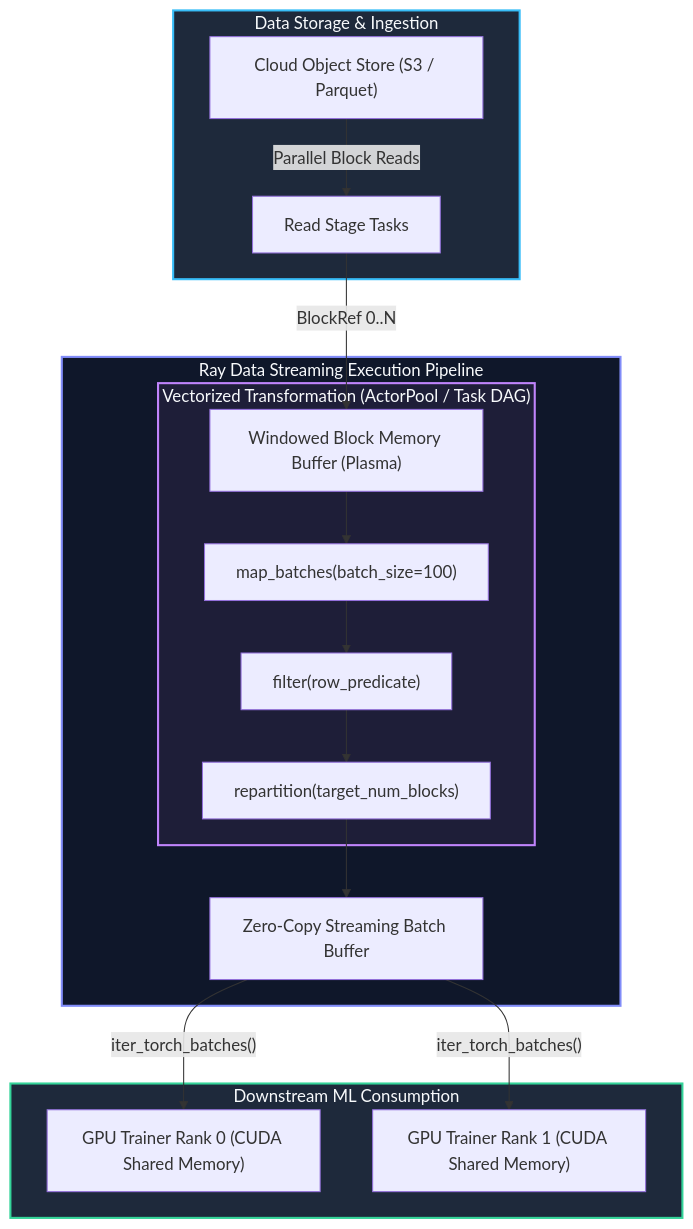
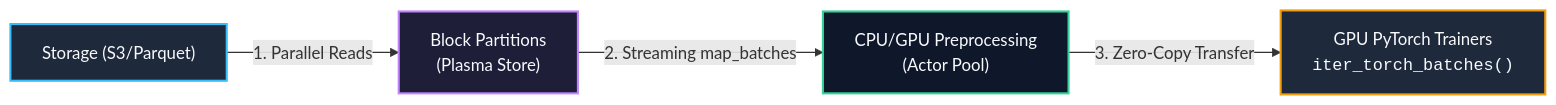
Before and after one commit to dnf0/raylings: the diagram in docs/guides/08-ray-data.md, drawn with Mermaid. The commit also changed other lines of this file and 22 other files, not shown here.

Commit message:
docs: streamline mermaid diagrams and attach conceptual walkthroughs (#26)

````diff
--- a/docs/guides/08-ray-data.md
+++ b/docs/guides/08-ray-data.md
@@ -17,28 +17,11 @@
 ```mermaid
-flowchart TD
-    subgraph StorageLayer["Data Storage & Ingestion"]
-        S3["Cloud Object Store (S3 / Parquet)"] -->|"Parallel Block Reads"| ReadStage["Read Stage Tasks"]
-    end
+flowchart LR
+    S3["Storage (S3/Parquet)"] -->|"1. Parallel Reads"| Blocks["Block Partitions<br/>(Plasma Store)"]
+    Blocks -->|"2. Streaming map_batches"| Workers["CPU/GPU Preprocessing<br/>(Actor Pool)"]
+    Workers -->|"3. Zero-Copy Transfer"| GPU["GPU PyTorch Trainers<br/><code>iter_torch_batches()</code>"]
 
-    subgraph PipelineExecutor["Ray Data Streaming Execution Pipeline"]
-        ReadStage -->|"BlockRef 0..N"| BlockQueue["Windowed Block Memory Buffer (Plasma)"]
-        
-        subgraph TransformationEngine["Vectorized Transformation (ActorPool / Task DAG)"]
-            BlockQueue --> Op1["map_batches(batch_size=100)"]
-            Op1 --> Op2["filter(row_predicate)"]
-            Op2 --> Op3["repartition(target_num_blocks)"]
-        end
-        
-        Op3 --> StreamQueue["Zero-Copy Streaming Batch Buffer"]
-    end
-
-    subgraph MLConsumers["Downstream ML Consumption"]
-        StreamQueue -->|"iter_torch_batches()"| GPU0["GPU Trainer Rank 0 (CUDA Shared Memory)"]
-        StreamQueue -->|"iter_torch_batches()"| GPU1["GPU Trainer Rank 1 (CUDA Shared Memory)"]
-    end
-
-    style StorageLayer fill:#1e293b,stroke:#38bdf8,stroke-width:2px,color:#f8fafc
-    style PipelineExecutor fill:#0f172a,stroke:#818cf8,stroke-width:2px,color:#f8fafc
-    style TransformationEngine fill:#1e1e38,stroke:#c084fc,stroke-width:2px,color:#f8fafc
-    style MLConsumers fill:#1e293b,stroke:#34d399,stroke-width:2px,color:#f8fafc
+    style S3 fill:#1e293b,stroke:#38bdf8,stroke-width:2px,color:#f8fafc
+    style Blocks fill:#1e1e38,stroke:#c084fc,stroke-width:2px,color:#f8fafc
+    style Workers fill:#0f172a,stroke:#34d399,stroke-width:2px,color:#f8fafc
+    style GPU fill:#1e293b,stroke:#f59e0b,stroke-width:2px,color:#f8fafc
 ```
````
